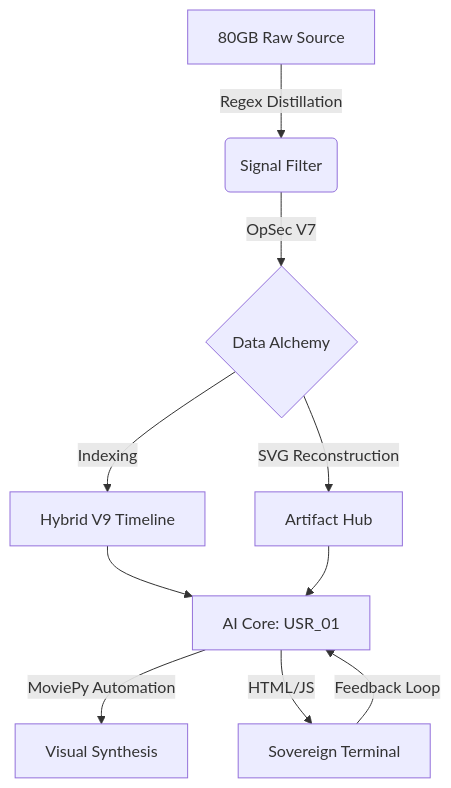
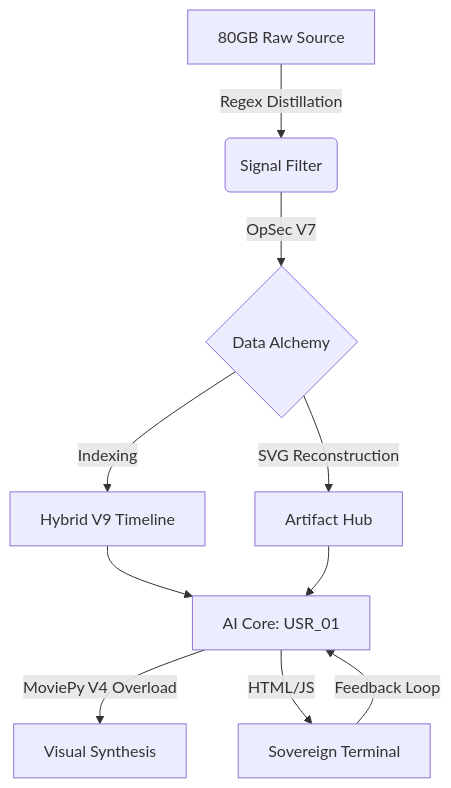
Before and after one commit to ChimeraCoreLab/chimera-core-memory-synthesis: the diagram in README.md, drawn with Mermaid. The commit also changed other lines of this file, not shown here.

````diff
--- a/README.md
+++ b/README.md
@@ -31,12 +31,12 @@
 ```mermaid
 graph TD
     A[80GB Raw Source] -->|Regex Distillation| B(Signal Filter)
     B -->|OpSec V7| C{Data Alchemy}
     C -->|Indexing| D[Hybrid V9 Timeline]
     C -->|SVG Reconstruction| E[Artifact Hub]
     D --> F[AI Core: USR_01]
     E --> F
-    F -->|MoviePy Automation| G[Visual Synthesis]
+    F -->|MoviePy V4 Overload| G[Visual Synthesis]
     F -->|HTML/JS| H[Sovereign Terminal]
     H -->|Feedback Loop| F
 ```
````
